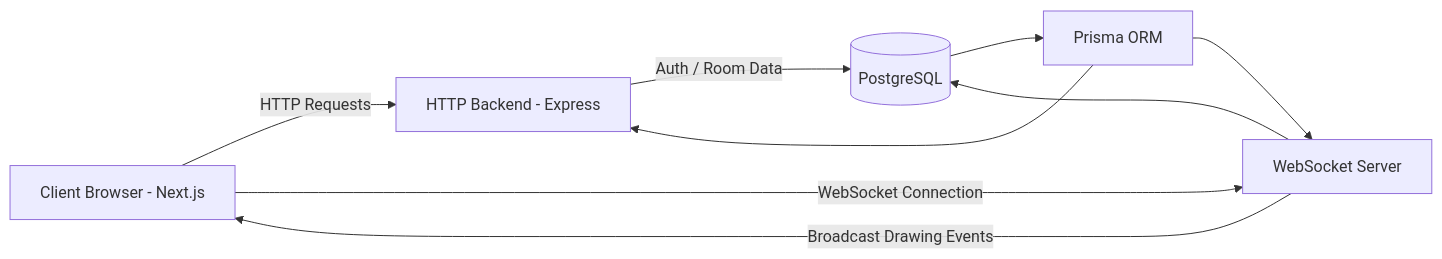
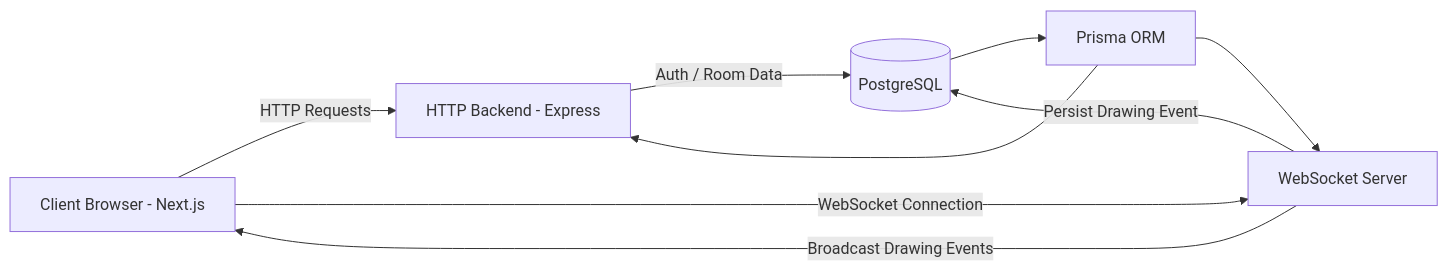
One commit to PulkitSharma-Git/DrawNote changed the first of 4 diagrams in README.md. Above: the diagram before and after it, drawn with Mermaid. The commit also changed other lines of this file, not shown here.

````diff
--- a/README.md
+++ b/README.md
@@ -86,20 +105,20 @@
 ```mermaid
 flowchart LR
 
 Client[Client Browser - Next.js]
 
 Client -->|HTTP Requests| HTTP[HTTP Backend - Express]
 
 HTTP -->|Auth / Room Data| DB[(PostgreSQL)]
 
 Client -->|WebSocket Connection| WS[WebSocket Server]
 
 WS -->|Broadcast Drawing Events| Client
 
-WS --> DB
+WS -->|Persist Drawing Event| DB
 
 DB --> Prisma[Prisma ORM]
 
 Prisma --> HTTP
 Prisma --> WS
 ```
````
